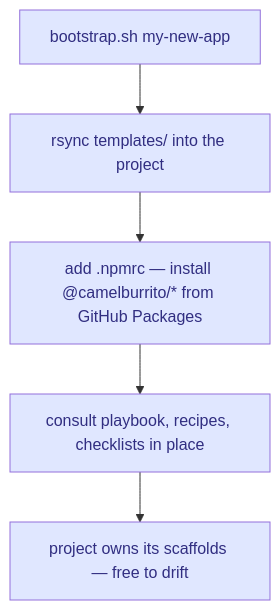
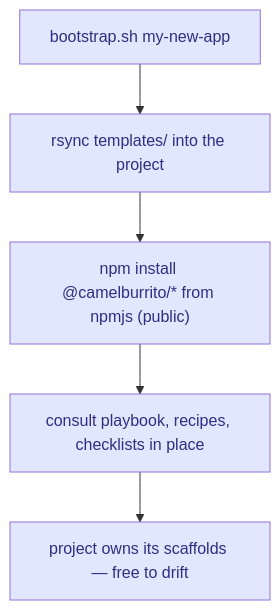
One commit to camelburrito/keel changed the second of 3 diagrams in docs/architecture/baseline-and-upstreaming.md. Above: the diagram before and after it, drawn with Mermaid. The commit also changed other lines of this file and 8 other files, not shown here.

````diff
--- a/docs/architecture/baseline-and-upstreaming.md
+++ b/docs/architecture/baseline-and-upstreaming.md
@@ -46,9 +46,9 @@
 ```mermaid
 flowchart TD
     START["bootstrap.sh my-new-app"] --> COPY["rsync templates/ into the project"]
-    COPY --> NPM["add .npmrc — install @camelburrito/* from GitHub Packages"]
+    COPY --> NPM["npm install @camelburrito/* from npmjs (public)"]
     NPM --> REF["consult playbook, recipes, checklists in place"]
     REF --> OWN["project owns its scaffolds — free to drift"]
     classDef step fill:#e0e7ff,color:#312e81
     class START,COPY,NPM,REF,OWN step
 ```
````
